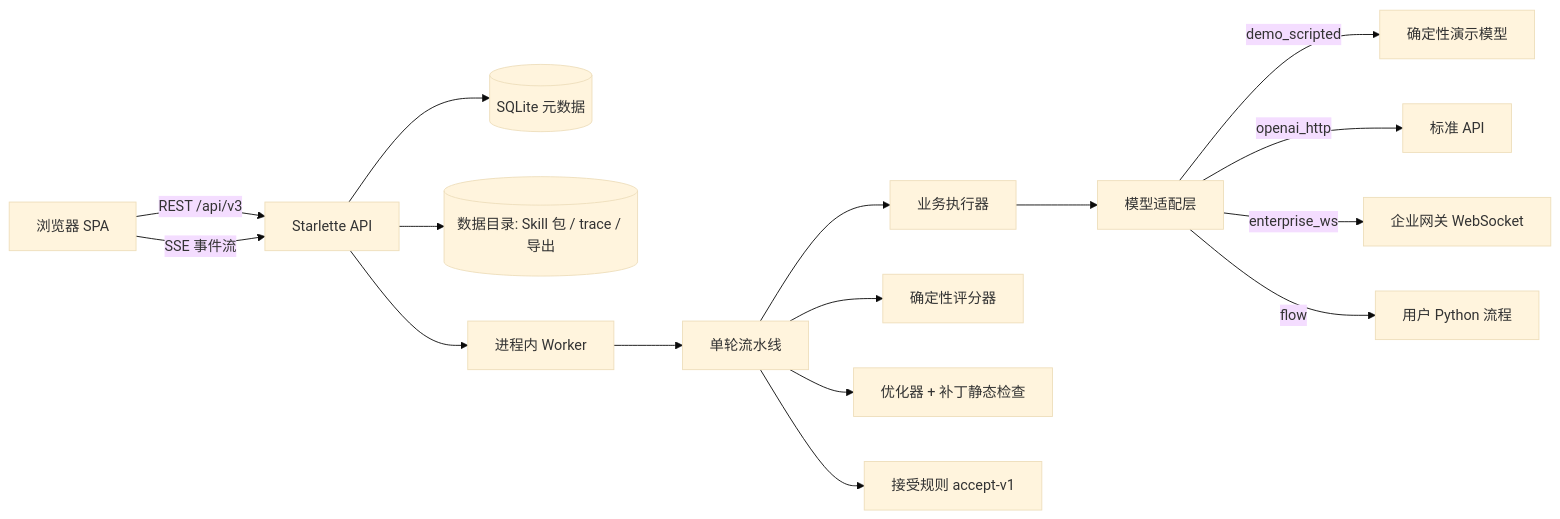
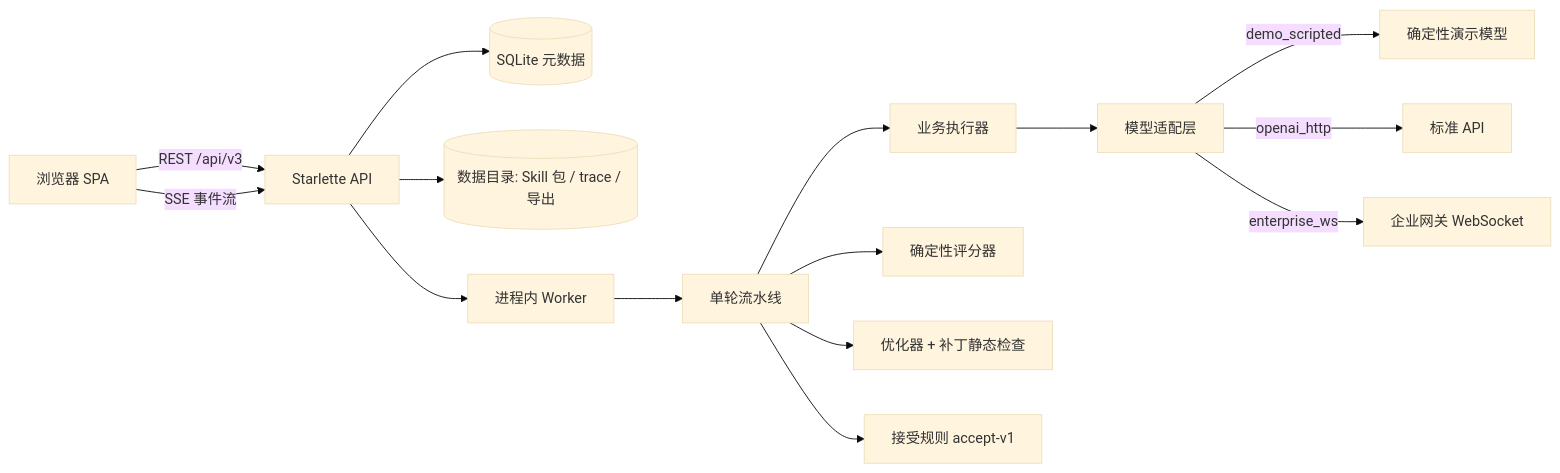
One commit to zishuo-xu/skill-optimization-platform changed the first of 3 diagrams in docs/ARCHITECTURE.md. Above: the diagram before and after it, drawn with Mermaid (base theme). The commit also changed other lines of this file and 16 other files, not shown here.

````diff
--- a/docs/ARCHITECTURE.md
+++ b/docs/ARCHITECTURE.md
@@ -25,18 +25,17 @@
 ```mermaid
 flowchart LR
   U[浏览器 SPA] -->|REST /api/v3| A[Starlette API]
   U -->|SSE 事件流| A
   A --> DB[(SQLite 元数据)]
   A --> FS[(数据目录: Skill 包 / trace / 导出)]
   A --> W[进程内 Worker]
   W --> P[单轮流水线]
   P --> X[业务执行器]
   X --> M[模型适配层]
   M -->|demo_scripted| D[确定性演示模型]
   M -->|openai_http| H[标准 API]
   M -->|enterprise_ws| G[企业网关 WebSocket]
-  M -->|flow| F[用户 Python 流程]
   P --> E[确定性评分器]
   P --> O[优化器 + 补丁静态检查]
   P --> R[接受规则 accept-v1]
 ```
````
